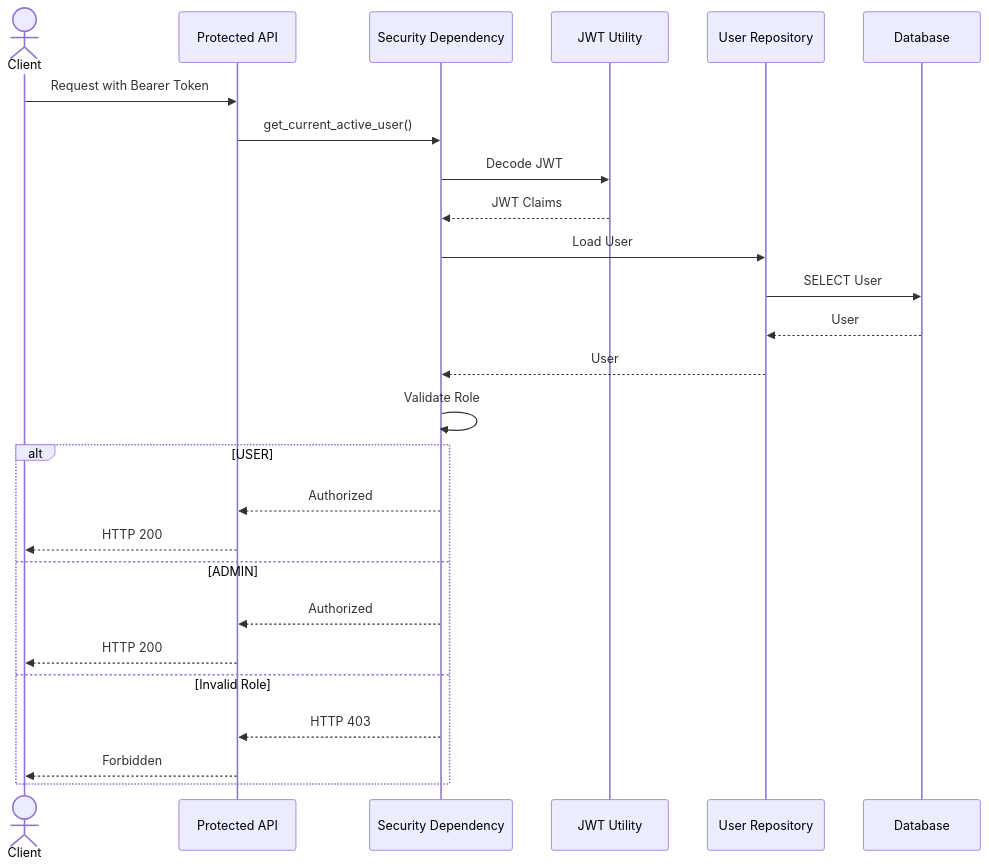
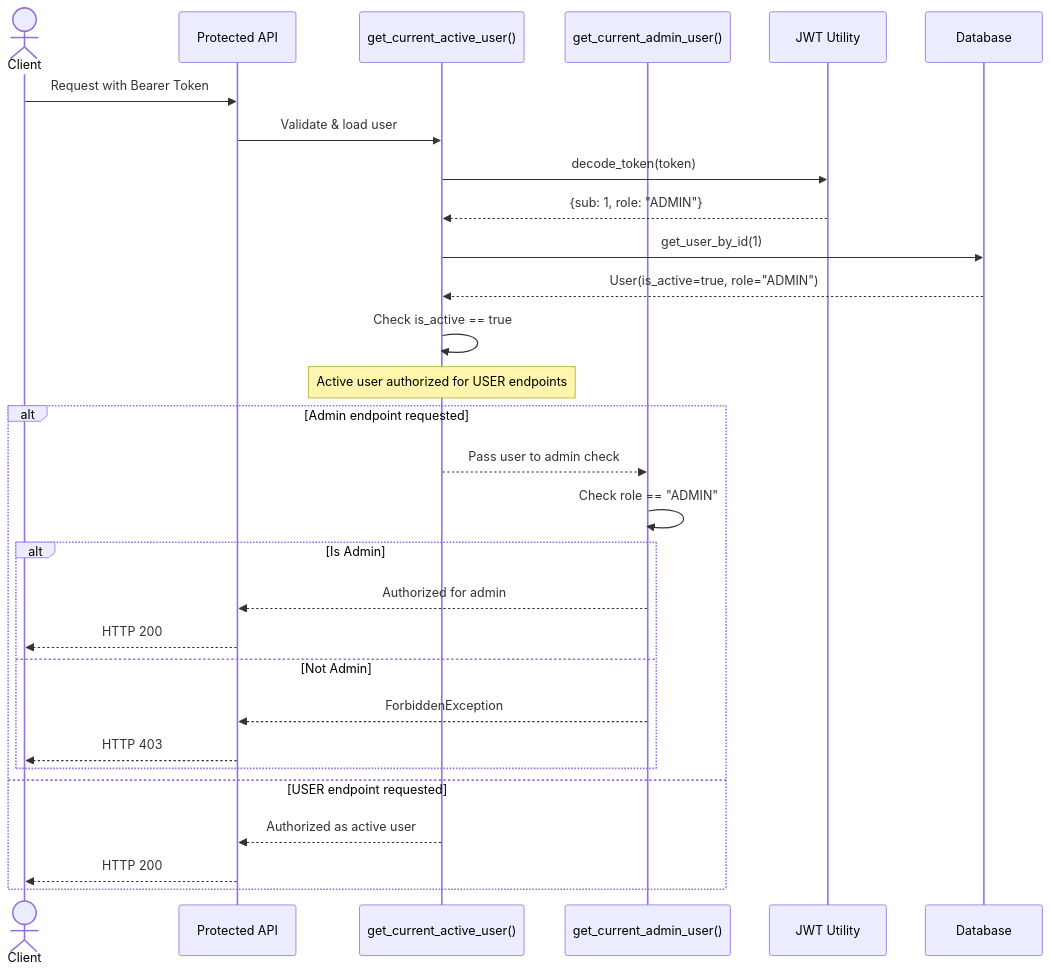
Before and after one commit to kmrgautam18-alt/career-ops-v2: the second of 2 diagrams in docs/diagrams/08-rbac-flow.md, drawn with Mermaid. The commit also changed other lines of this file and 8 other files, not shown here.

First line of the commit message:
docs: comprehensively update all 17 diagrams to reflect complete feature set

````diff
--- a/docs/diagrams/08-rbac-flow.md
+++ b/docs/diagrams/08-rbac-flow.md
@@ -74,40 +92,37 @@
 ```mermaid
 sequenceDiagram
 
 actor Client
-
 participant API as Protected API
-participant Security as Security Dependency
+participant Active as get_current_active_user()
+participant Admin as get_current_admin_user()
 participant JWT as JWT Utility
-participant Repository as User Repository
 participant DB as Database
 
 Client->>API: Request with Bearer Token
 
-API->>Security: get_current_active_user()
+API->>Active: Validate & load user
+Active->>JWT: decode_token(token)
+JWT-->>Active: {sub: 1, role: "ADMIN"}
 
-Security->>JWT: Decode JWT
+Active->>DB: get_user_by_id(1)
+DB-->>Active: User(is_active=true, role="ADMIN")
 
-JWT-->>Security: JWT Claims
+Active->>Active: Check is_active == true
+Note over Active: Active user authorized for USER endpoints
 
-Security->>Repository: Load User
-
-Repository->>DB: SELECT User
-
-DB-->>Repository: User
-
-Repository-->>Security: User
-
-Security->>Security: Validate Role
-
-alt USER
-    Security-->>API: Authorized
+alt Admin endpoint requested
+    Active-->>Admin: Pass user to admin check
+    Admin->>Admin: Check role == "ADMIN"
+    alt Is Admin
+        Admin-->>API: Authorized for admin
+        API-->>Client: HTTP 200
+    else Not Admin
+        Admin-->>API: ForbiddenException
+        API-->>Client: HTTP 403
+    end
+else USER endpoint requested
+    Active-->>API: Authorized as active user
     API-->>Client: HTTP 200
-else ADMIN
-    Security-->>API: Authorized
-    API-->>Client: HTTP 200
-else Invalid Role
-    Security-->>API: HTTP 403
-    API-->>Client: Forbidden
 end
 ```
````
